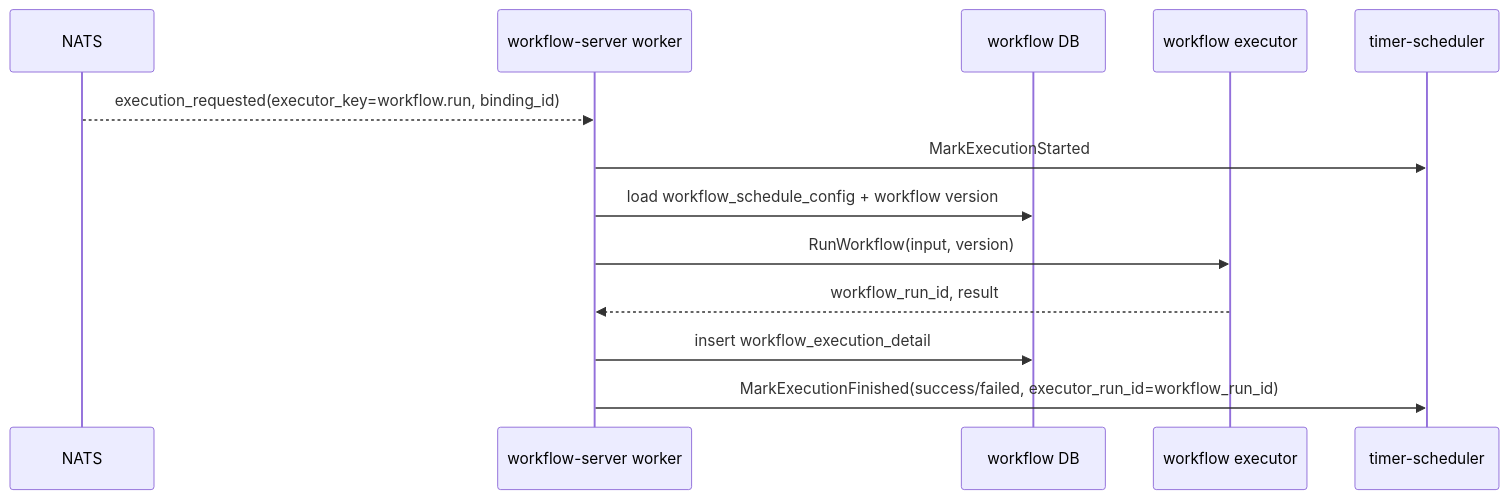
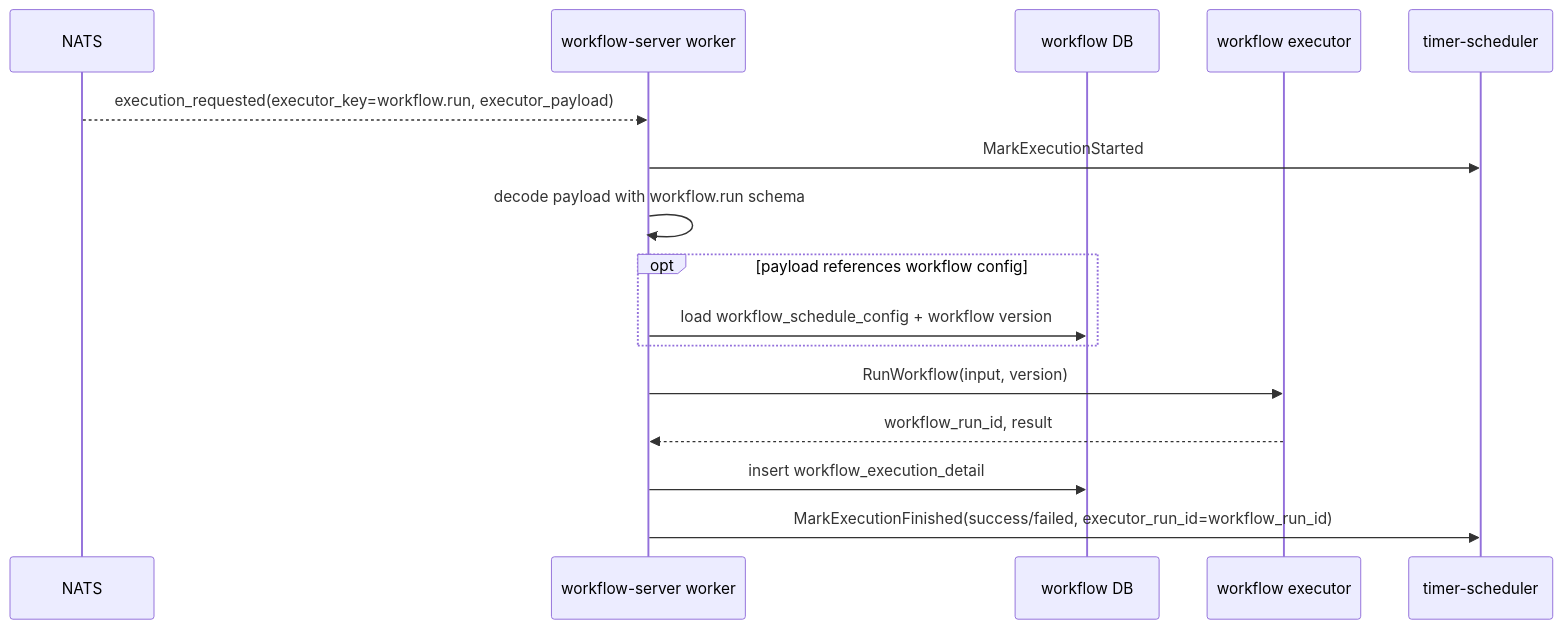
One commit to kageos/kageos changed diagram 11 of 17 in docs/scheduled-tasks-architecture-design.md. Above: the diagram before and after it, drawn with Mermaid. The commit also changed other lines of this file, not shown here.

Commit message:
docs: clarify scheduler payload ownership

````diff
--- a/docs/scheduled-tasks-architecture-design.md
+++ b/docs/scheduled-tasks-architecture-design.md
@@ -368,16 +450,19 @@
 ```mermaid
 sequenceDiagram
   participant NATS as NATS
   participant Worker as workflow-server worker
   participant WorkflowDB as workflow DB
   participant Executor as workflow executor
   participant Timer as timer-scheduler
 
-  NATS-->>Worker: execution_requested(executor_key=workflow.run, binding_id)
+  NATS-->>Worker: execution_requested(executor_key=workflow.run, executor_payload)
   Worker->>Timer: MarkExecutionStarted
-  Worker->>WorkflowDB: load workflow_schedule_config + workflow version
+  Worker->>Worker: decode payload with workflow.run schema
+  opt payload references workflow config
+    Worker->>WorkflowDB: load workflow_schedule_config + workflow version
+  end
   Worker->>Executor: RunWorkflow(input, version)
   Executor-->>Worker: workflow_run_id, result
   Worker->>WorkflowDB: insert workflow_execution_detail
   Worker->>Timer: MarkExecutionFinished(success/failed, executor_run_id=workflow_run_id)
 ```
````
